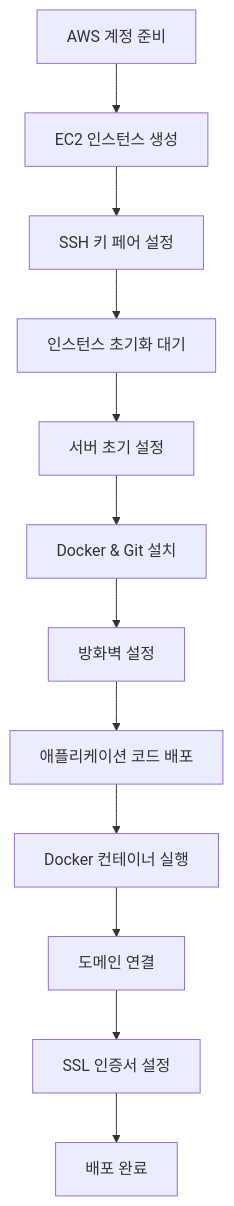
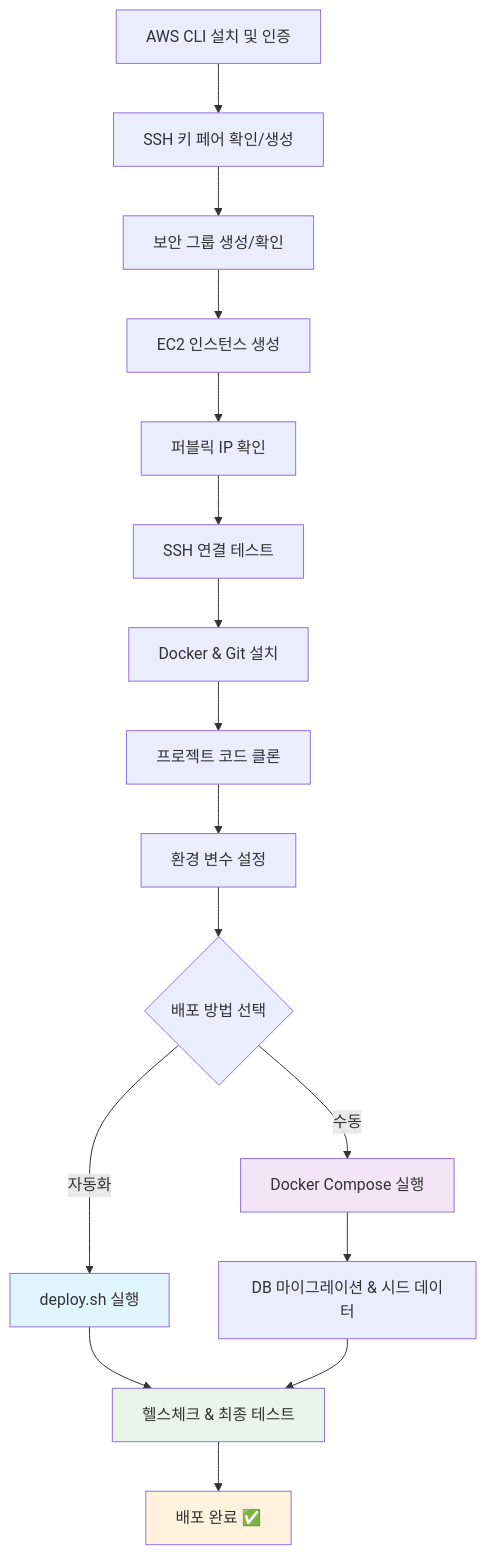
The diagram in docs/AWS_EC2_DEPLOYMENT.md (Heo-Jae-Young/mes-project), drawn with Mermaid before and after one commit. The commit also changed other lines of this file and 3 other files, not shown here.

First line of the commit message:
docs: AWS EC2 배포 문서 최적화 및 프로젝트 문서 전면 업데이트

````diff
--- a/docs/AWS_EC2_DEPLOYMENT.md
+++ b/docs/AWS_EC2_DEPLOYMENT.md
@@ -11,14 +11,23 @@
 ```mermaid
 flowchart TD
-    A[AWS 계정 준비] --> B[EC2 인스턴스 생성]
-    B --> C[SSH 키 페어 설정]
-    C --> D[인스턴스 초기화 대기]
-    D --> E[서버 초기 설정]
-    E --> F[Docker & Git 설치]
-    F --> G[방화벽 설정]
-    G --> H[애플리케이션 코드 배포]
-    H --> I[Docker 컨테이너 실행]
-    I --> J[도메인 연결]
-    J --> K[SSL 인증서 설정]
-    K --> L[배포 완료]
+    A[AWS CLI 설치 및 인증] --> B[SSH 키 페어 확인/생성]
+    B --> C[보안 그룹 생성/확인]
+    C --> D[EC2 인스턴스 생성]
+    D --> E[퍼블릭 IP 확인]
+    E --> F[SSH 연결 테스트]
+    F --> G[Docker & Git 설치]
+    G --> H[프로젝트 코드 클론]
+    H --> I[환경 변수 설정]
+    I --> J{배포 방법 선택}
+    J -->|자동화| K[deploy.sh 실행]
+    J -->|수동| L[Docker Compose 실행]
+    K --> M[헬스체크 & 최종 테스트]
+    L --> N[DB 마이그레이션 & 시드 데이터]
+    N --> M
+    M --> O[배포 완료 ✅]
+
+    style K fill:#e1f5fe
+    style L fill:#f3e5f5
+    style M fill:#e8f5e8
+    style O fill:#fff3e0
 ```
````
